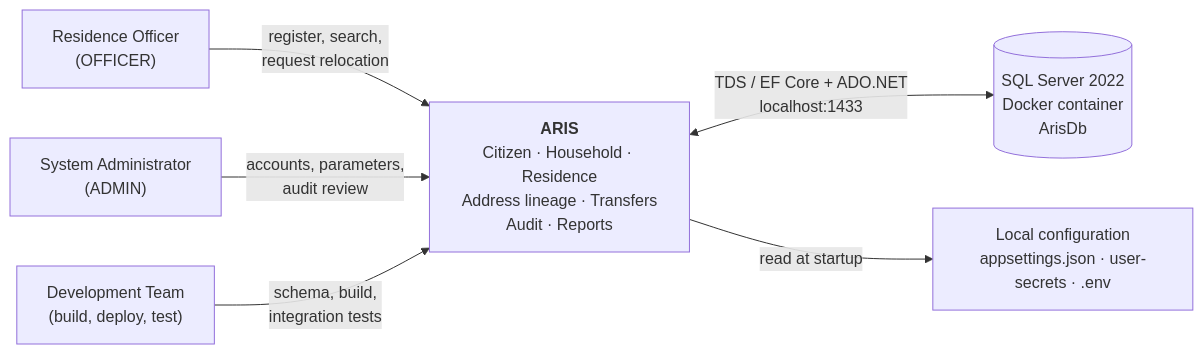
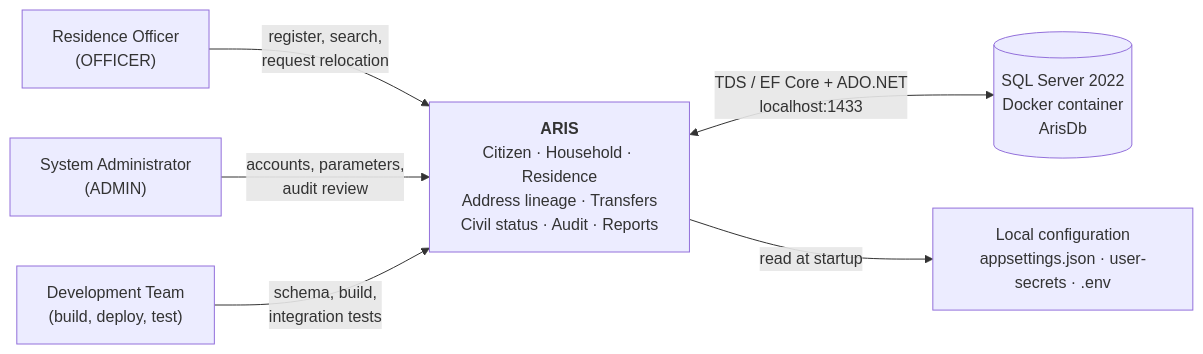
One commit to Bryan1805a/ARIS changed the first of 2 diagrams in docs/03-context-and-scope.md. Above: the diagram before and after it, drawn with Mermaid. The commit also changed other lines of this file and 17 other files, not shown here.

First line of the commit message:
docs: align architecture documentation with civil status

````diff
--- a/docs/03-context-and-scope.md
+++ b/docs/03-context-and-scope.md
@@ -12,17 +13,17 @@
 ```mermaid
 flowchart LR
     Officer["Residence Officer<br/>(OFFICER)"]
     Admin["System Administrator<br/>(ADMIN)"]
     Team["Development Team<br/>(build, deploy, test)"]
 
-    ARIS["<b>ARIS</b><br/>Citizen · Household · Residence<br/>Address lineage · Transfers<br/>Audit · Reports"]
+    ARIS["<b>ARIS</b><br/>Citizen · Household · Residence<br/>Address lineage · Transfers<br/>Civil status · Audit · Reports"]
 
     DB[("SQL Server 2022<br/>Docker container<br/>ArisDb")]
     Files["Local configuration<br/>appsettings.json · user-secrets · .env"]
 
     Officer -->|"register, search,<br/>request relocation"| ARIS
     Admin -->|"accounts, parameters,<br/>audit review"| ARIS
     Team -->|"schema, build,<br/>integration tests"| ARIS
     ARIS <-->|"TDS / EF Core + ADO.NET<br/>localhost:1433"| DB
     ARIS -->|"read at startup"| Files
 ```
````
